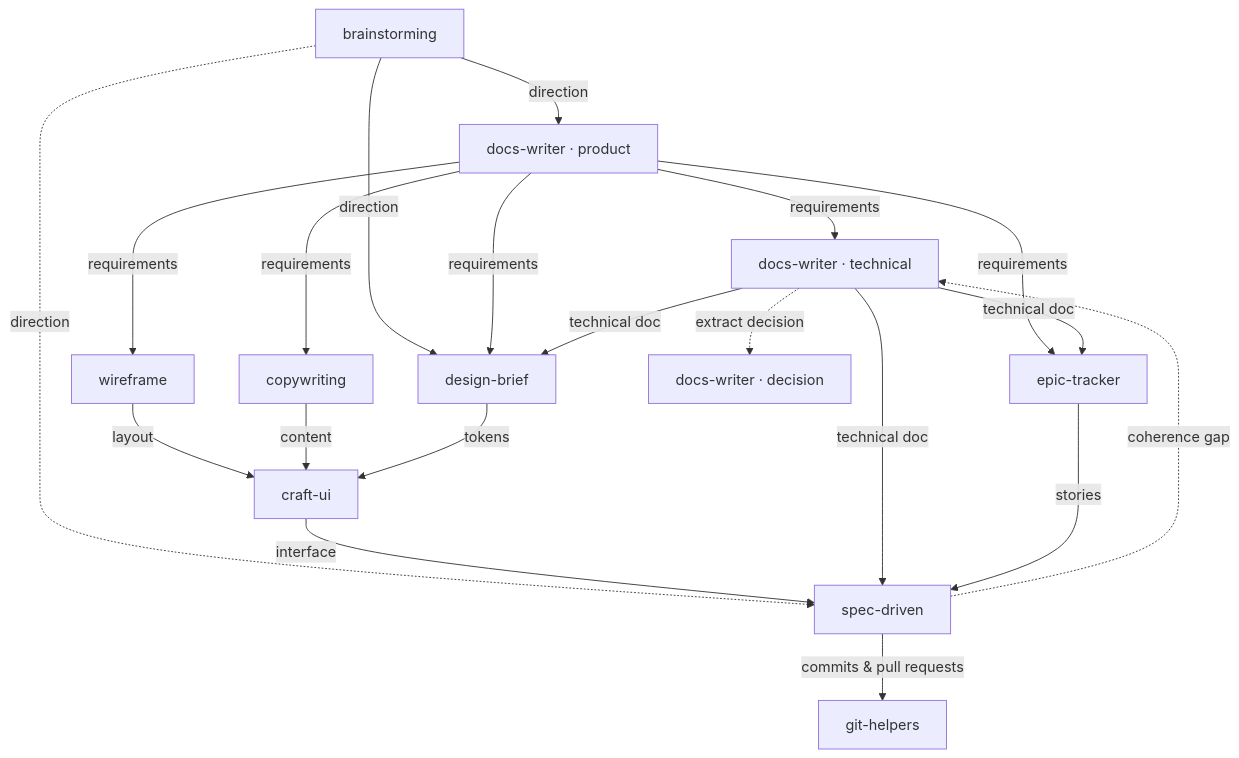
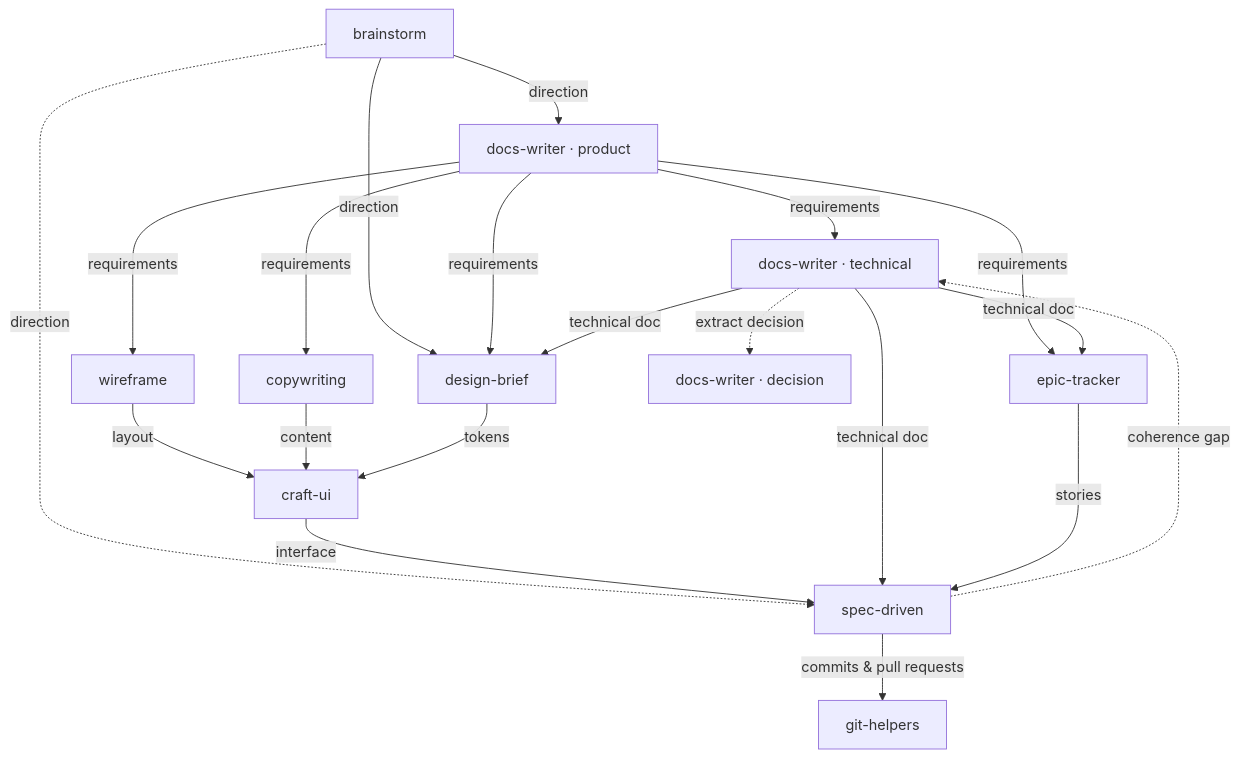
The diagram in README.md (adeonir/agent-skills), drawn with Mermaid before and after one commit. The commit also changed other lines of this file and 7 other files, not shown here.

First line of the commit message:
refactor(brainstorm): rename skill from brainstorming

````diff
--- a/README.md
+++ b/README.md
@@ -47,22 +47,22 @@
 ```mermaid
 flowchart TD
-    BR[brainstorming] -->|direction| DW_PRD[docs-writer · product]
+    BR[brainstorm] -->|direction| DW_PRD[docs-writer · product]
     BR -->|direction| DB[design-brief]
     BR -.->|direction| SD[spec-driven]
     DW_PRD -->|requirements| DW_DD[docs-writer · technical]
     DW_PRD -->|requirements| ET[epic-tracker]
     DW_PRD -->|requirements| DB
     DW_PRD -->|requirements| WF[wireframe]
     DW_PRD -->|requirements| CW[copywriting]
     WF -->|layout| CU[craft-ui]
     CW -->|content| CU
     DB -->|tokens| CU
     CU -->|interface| SD
     DW_DD -->|technical doc| SD
     DW_DD -->|technical doc| ET
     DW_DD -->|technical doc| DB
     DW_DD -.->|extract decision| DW_ADR[docs-writer · decision]
     ET -->|stories| SD
     SD -->|commits & pull requests| GH[git-helpers]
     SD -.->|coherence gap| DW_DD
 ```
````
